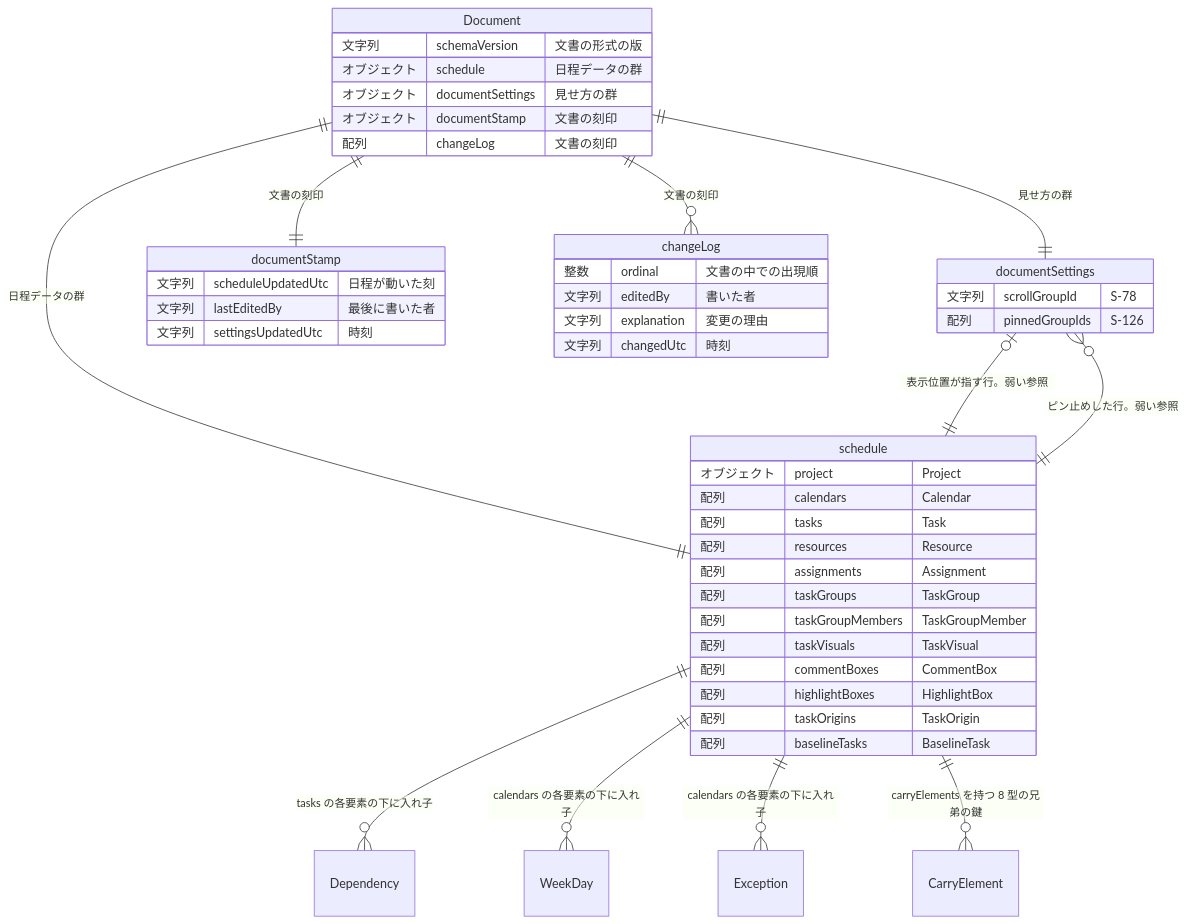
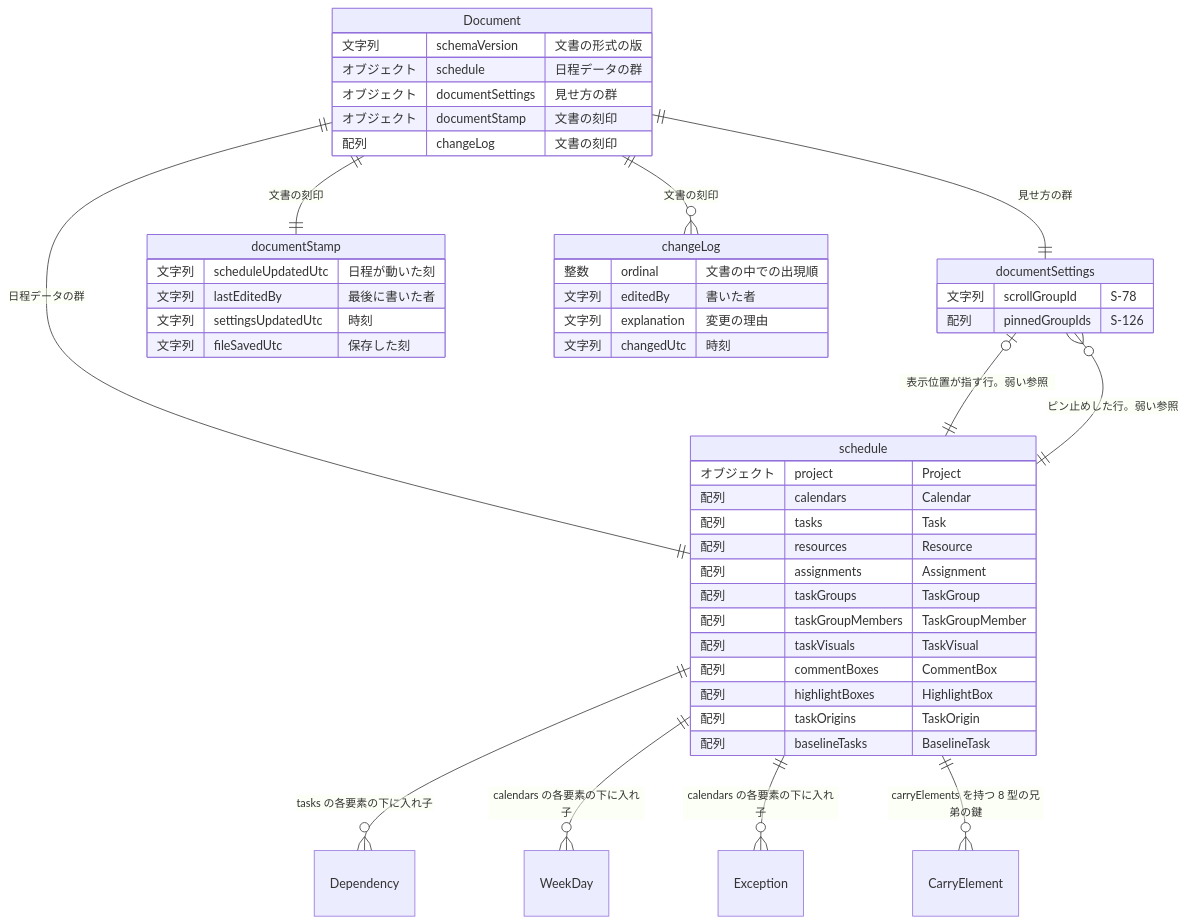
The diagram in docs/spec/_assets/fig-erd-overview.md (GoodRelax/gr-scheduler), drawn with Mermaid before and after one commit. The commit also changed 17 other files, not shown here.

````diff
--- a/docs/spec/_assets/fig-erd-overview.md
+++ b/docs/spec/_assets/fig-erd-overview.md
@@ -16,54 +16,55 @@
 ```mermaid
 ---
 config:
   er:
     entityPadding: 6
 ---
 erDiagram
     Document {
         文字列 schemaVersion "文書の形式の版"
         オブジェクト schedule "日程データの群"
         オブジェクト documentSettings "見せ方の群"
         オブジェクト documentStamp "文書の刻印"
         配列 changeLog "文書の刻印"
     }
     schedule {
         オブジェクト project "Project"
         配列 calendars "Calendar"
         配列 tasks "Task"
         配列 resources "Resource"
         配列 assignments "Assignment"
         配列 taskGroups "TaskGroup"
         配列 taskGroupMembers "TaskGroupMember"
         配列 taskVisuals "TaskVisual"
         配列 commentBoxes "CommentBox"
         配列 highlightBoxes "HighlightBox"
         配列 taskOrigins "TaskOrigin"
         配列 baselineTasks "BaselineTask"
     }
     documentSettings {
         文字列 scrollGroupId "S-78"
         配列 pinnedGroupIds "S-126"
     }
     documentStamp {
         文字列 scheduleUpdatedUtc "日程が動いた刻"
         文字列 lastEditedBy "最後に書いた者"
         文字列 settingsUpdatedUtc "時刻"
+        文字列 fileSavedUtc "保存した刻"
     }
     changeLog {
         整数 ordinal "文書の中での出現順"
         文字列 editedBy "書いた者"
         文字列 explanation "変更の理由"
         文字列 changedUtc "時刻"
     }
     Document ||--|| schedule : "日程データの群"
     Document ||--|| documentSettings : "見せ方の群"
     Document ||--|| documentStamp : "文書の刻印"
     Document ||--o{ changeLog : "文書の刻印"
     schedule ||--o{ Dependency : "tasks の各要素の下に入れ子"
     schedule ||--o{ WeekDay : "calendars の各要素の下に入れ子"
     schedule ||--o{ Exception : "calendars の各要素の下に入れ子"
     schedule ||--o{ CarryElement : "carryElements を持つ 8 型の兄弟の鍵"
     documentSettings |o--|| schedule : "表示位置が指す行。弱い参照"
     documentSettings }o--|| schedule : "ピン止めした行。弱い参照"
 ```
````
